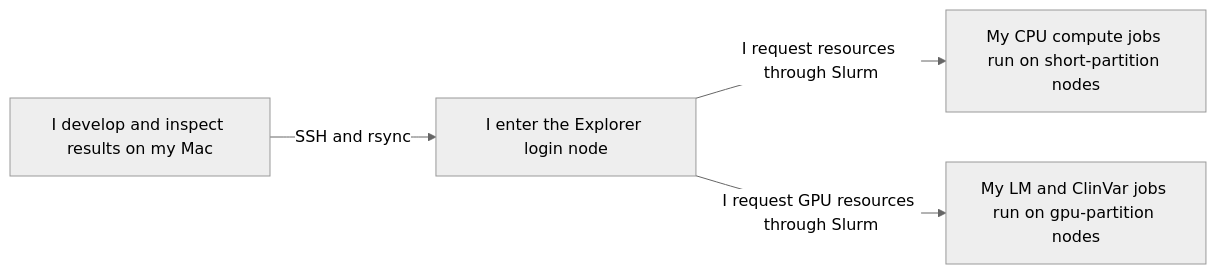
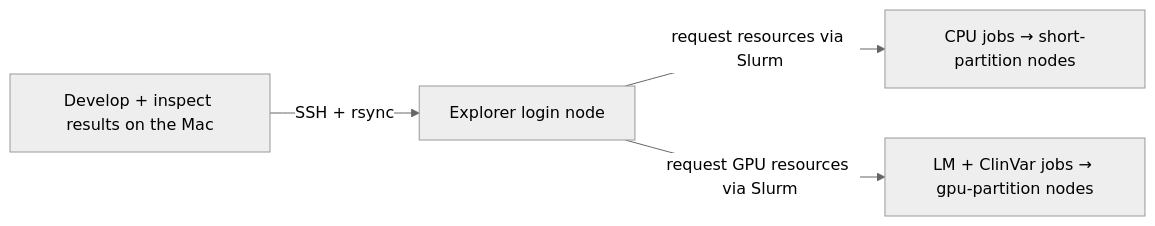
Before and after one commit to NirmalKumar31/rbp-binding: diagram 13 of 25 in README.md, drawn with Mermaid (neutral theme). The commit also changed other lines of this file, not shown here.

Commit message:
docs: neutralize first-person voice inside mermaid diagram labels

````diff
--- a/README.md
+++ b/README.md
@@ -563,6 +563,6 @@
 ```mermaid
 flowchart LR
-    A["I develop and inspect results on my Mac"] -->|"SSH and rsync"| B["I enter the Explorer login node"]
-    B -->|"I request resources through Slurm"| C["My CPU compute jobs run on short-partition nodes"]
-    B -->|"I request GPU resources through Slurm"| D["My LM and ClinVar jobs run on gpu-partition nodes"]
+    A["Develop + inspect results on the Mac"] -->|"SSH + rsync"| B["Explorer login node"]
+    B -->|"request resources via Slurm"| C["CPU jobs → short-partition nodes"]
+    B -->|"request GPU resources via Slurm"| D["LM + ClinVar jobs → gpu-partition nodes"]
 ```
````
